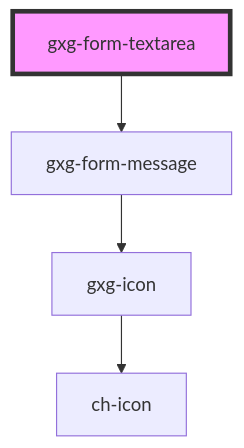
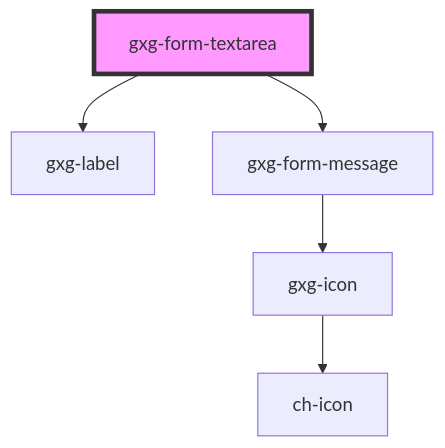
The diagram in src/components/form-textarea/readme.md (genexuslabs/gemini), drawn with Mermaid before and after one commit. The commit also changed other lines of this file and 59 other files, not shown here.

Commit message:
update "label" with "gxg-label"

````diff
--- a/src/components/form-textarea/readme.md
+++ b/src/components/form-textarea/readme.md
@@ -67,7 +68,8 @@
 ```mermaid
 graph TD;
+  gxg-form-textarea --> gxg-label
   gxg-form-textarea --> gxg-form-message
   gxg-form-message --> gxg-icon
   gxg-icon --> ch-icon
   style gxg-form-textarea fill:#f9f,stroke:#333,stroke-width:4px
 ```
````
